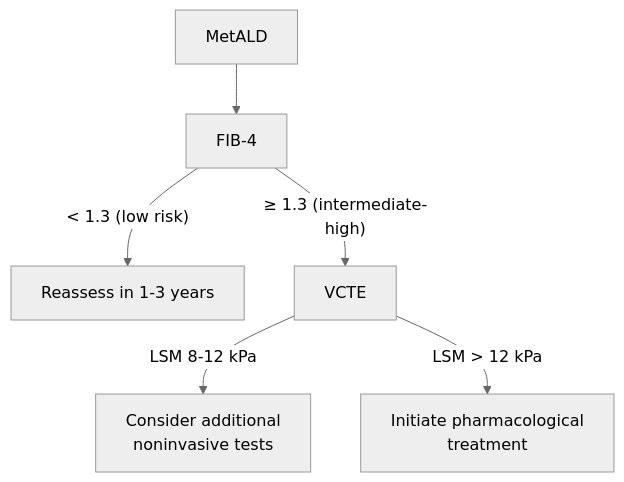
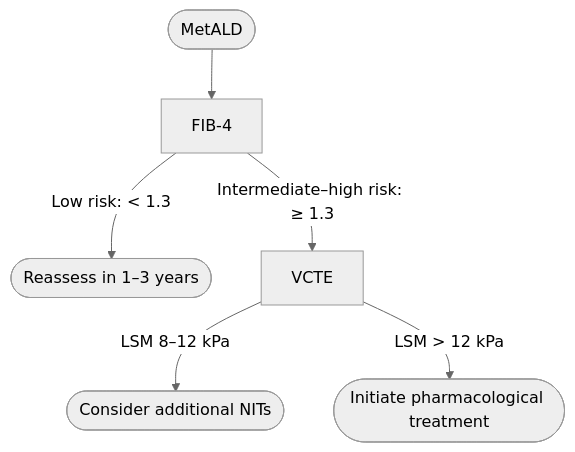
One commit to KHNickLeMD/KHNL-GI-Wiki changed the diagram in KHNL-GI-Wiki/wiki/1-disease-scripts/hepatology-diseases/metald.md. Above: the diagram before and after it, drawn with Mermaid (neutral theme). The commit also changed other lines of this file and 24 other files, not shown here.

````diff
--- a/KHNL-GI-Wiki/wiki/1-disease-scripts/hepatology-diseases/metald.md
+++ b/KHNL-GI-Wiki/wiki/1-disease-scripts/hepatology-diseases/metald.md
@@ -93,8 +120,11 @@
 ```mermaid
 flowchart TD
-    A["MetALD"] --> B["FIB-4"]
-    B -->|"< 1.3 (low risk)"| C["Reassess in 1-3 years"]
-    B -->|"&ge; 1.3 (intermediate-high)"| D["VCTE"]
-    D -->|"LSM 8-12 kPa"| E["Consider additional<br/>noninvasive tests"]
-    D -->|"LSM > 12 kPa"| F["Initiate pharmacological<br/>treatment"]
+    A(["MetALD"]) --> B["FIB-4"]
+    B -- "Low risk: < 1.3" --> C(["Reassess in 1–3 years"])
+    B -- "Intermediate–high risk: ≥ 1.3" --> D["VCTE"]
+    D -- "LSM 8–12 kPa" --> E(["Consider additional NITs"])
+    D -- "LSM > 12 kPa" --> F(["Initiate pharmacological treatment"])
+    class A start
+    class B,D test
+    class C,E,F act
 ```
````
